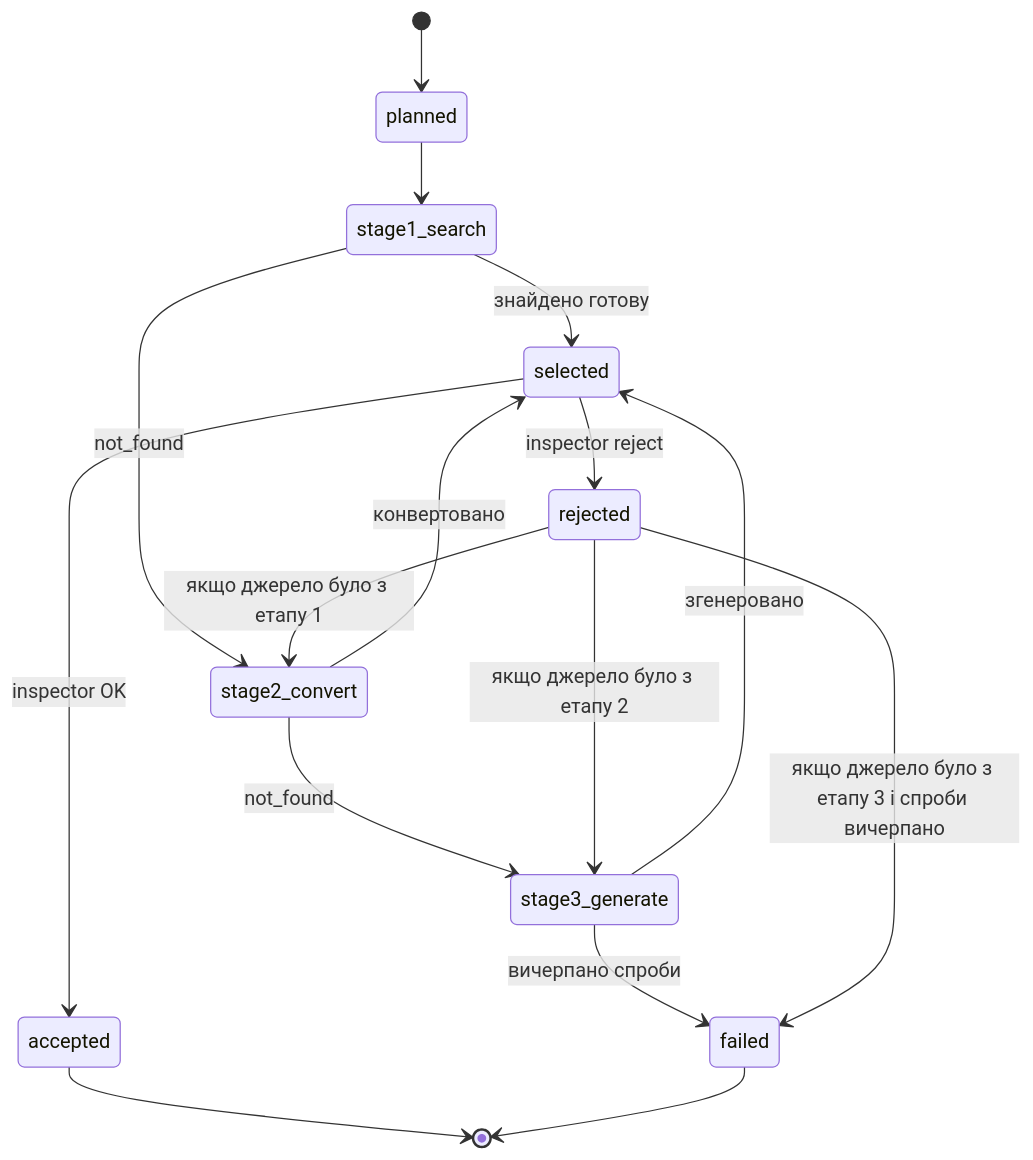
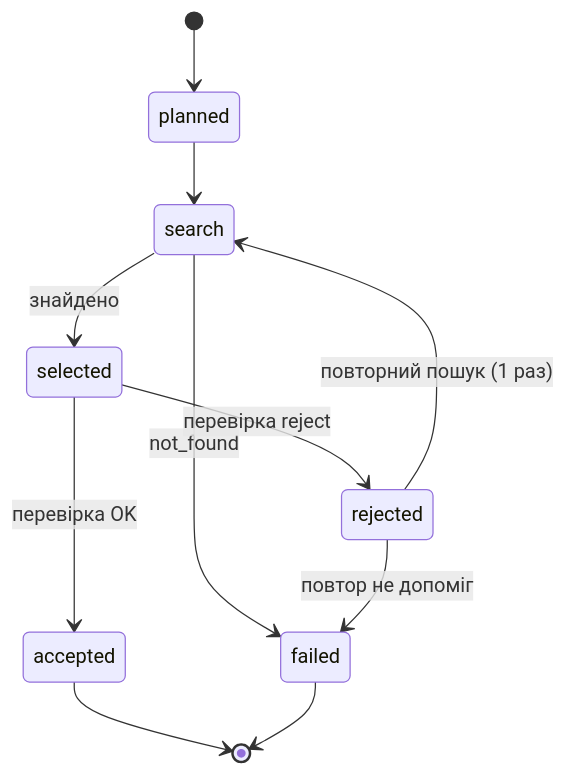
The third of 3 diagrams in docs/architecture.md (dmytro-mazur-git/coloring), drawn with Mermaid before and after one commit. The commit also changed other lines of this file and 33 other files, not shown here.

````diff
--- a/docs/architecture.md
+++ b/docs/architecture.md
@@ -192,18 +167,13 @@
 ```mermaid
 stateDiagram-v2
     [*] --> planned
-    planned --> stage1_search
-    stage1_search --> selected: знайдено готову
-    stage1_search --> stage2_convert: not_found
-    stage2_convert --> selected: конвертовано
-    stage2_convert --> stage3_generate: not_found
-    stage3_generate --> selected: згенеровано
-    stage3_generate --> failed: вичерпано спроби
-    selected --> accepted: inspector OK
-    selected --> rejected: inspector reject
-    rejected --> stage2_convert: якщо джерело було з етапу 1
-    rejected --> stage3_generate: якщо джерело було з етапу 2
-    rejected --> failed: якщо джерело було з етапу 3 і спроби вичерпано
+    planned --> search
+    search --> selected: знайдено
+    search --> failed: not_found
+    selected --> accepted: перевірка OK
+    selected --> rejected: перевірка reject
+    rejected --> search: повторний пошук (1 раз)
+    rejected --> failed: повтор не допоміг
     accepted --> [*]
     failed --> [*]
 ```
````
